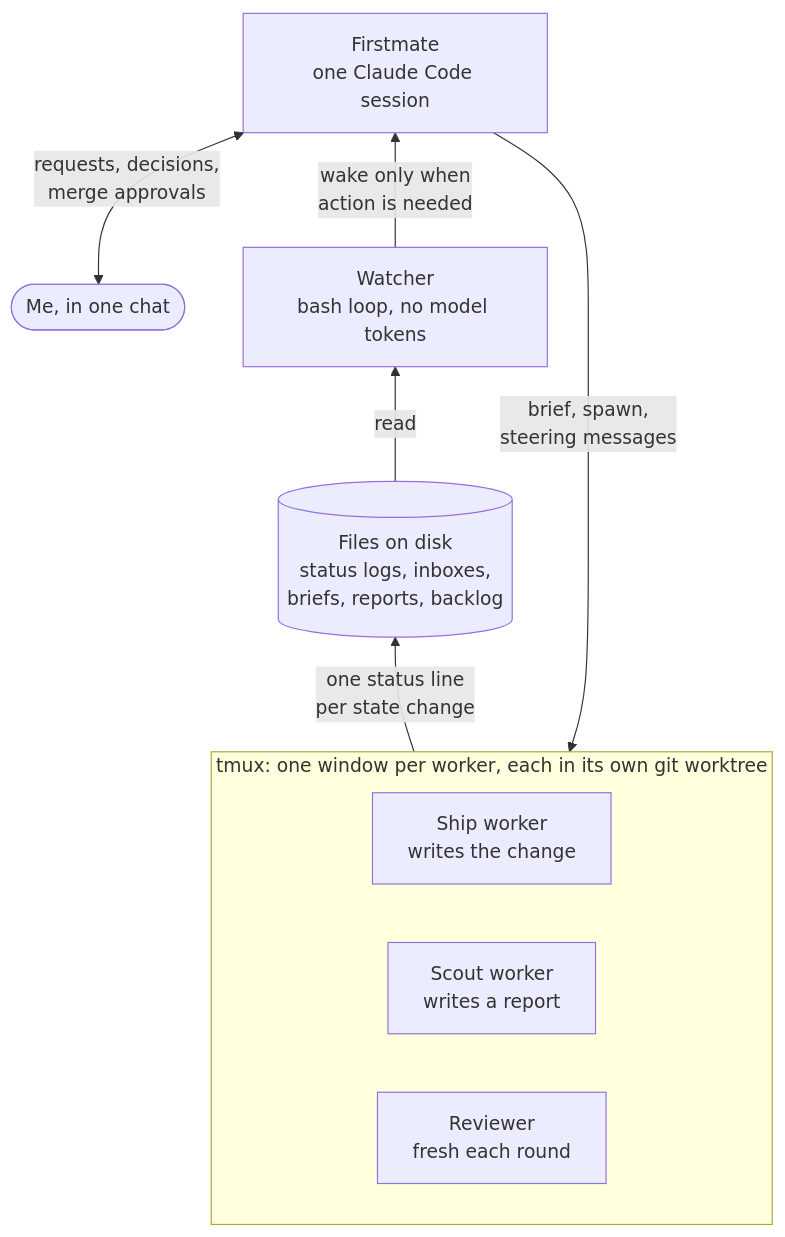
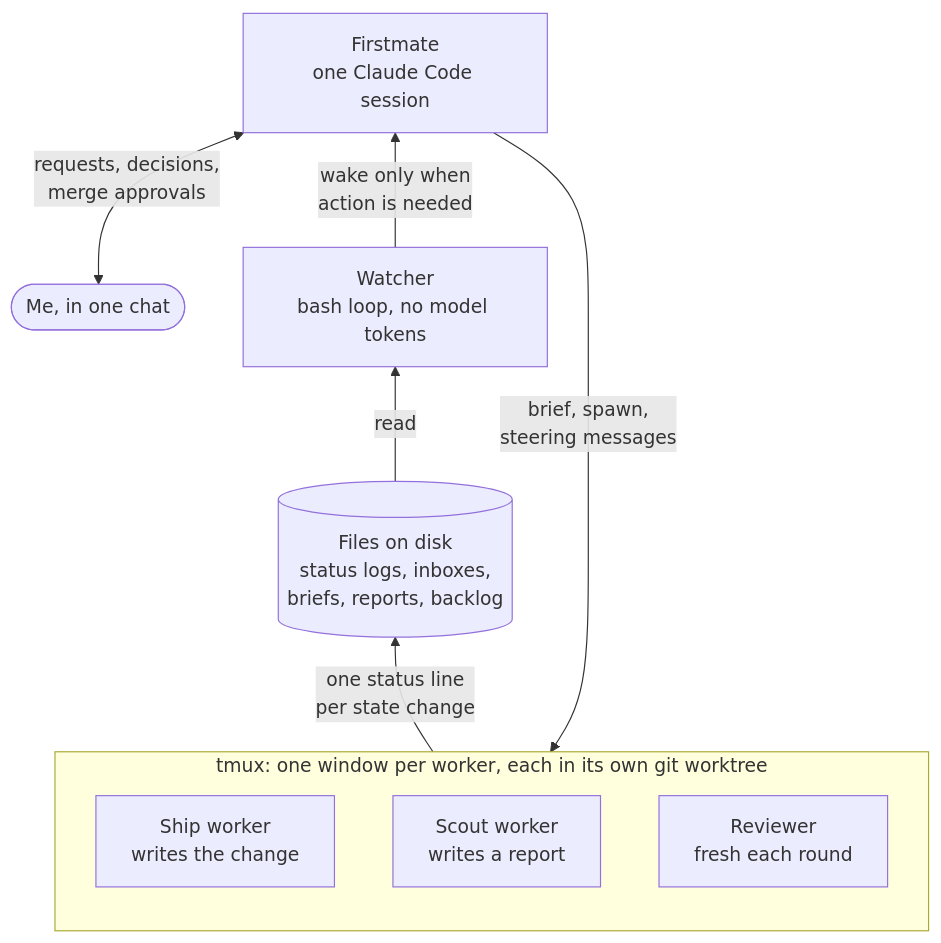
Before and after one commit to himan2411/multi-agent-coding-case: the first of 3 diagrams in CASE.md, drawn with Mermaid. The commit also changed other lines of this file and 5 other files, not shown here.

````diff
--- a/CASE.md
+++ b/CASE.md
@@ -9,20 +9,19 @@
 ```mermaid
 flowchart BT
     me(["Me, in one chat"])
     fm["Firstmate<br/>one Claude Code session"]
     watch["Watcher<br/>bash loop, no model tokens"]
     disk[("Files on disk<br/>status logs, inboxes,<br/>briefs, reports, backlog")]
 
     subgraph crew["tmux: one window per worker, each in its own git worktree"]
-        direction LR
         w1["Ship worker<br/>writes the change"]
         w2["Scout worker<br/>writes a report"]
         w3["Reviewer<br/>fresh each round"]
     end
 
     me <-->|"requests, decisions,<br/>merge approvals"| fm
     fm -->|"brief, spawn,<br/>steering messages"| crew
     crew -->|"one status line<br/>per state change"| disk
     disk -->|"read"| watch
     watch -->|"wake only when<br/>action is needed"| fm
 ```
````
